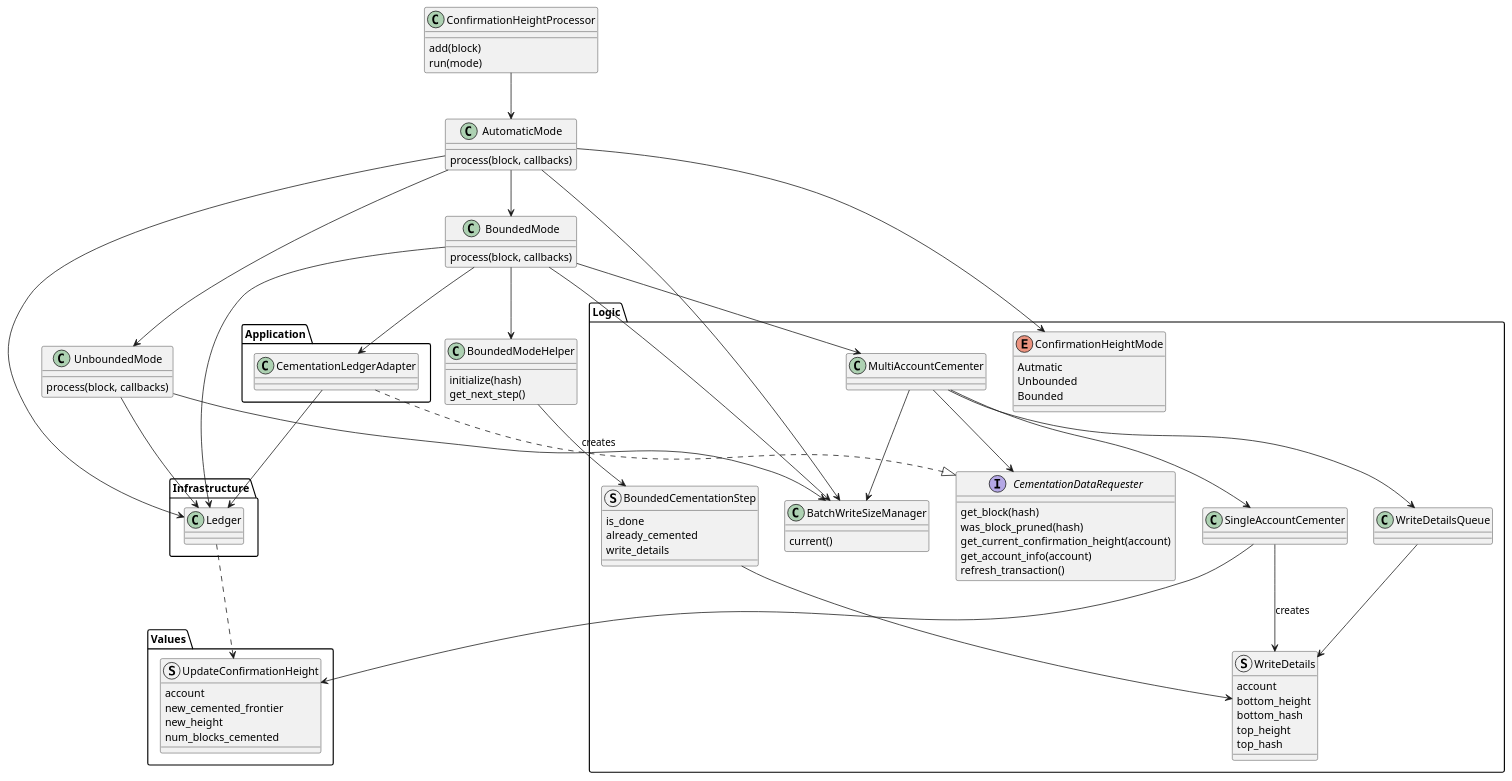
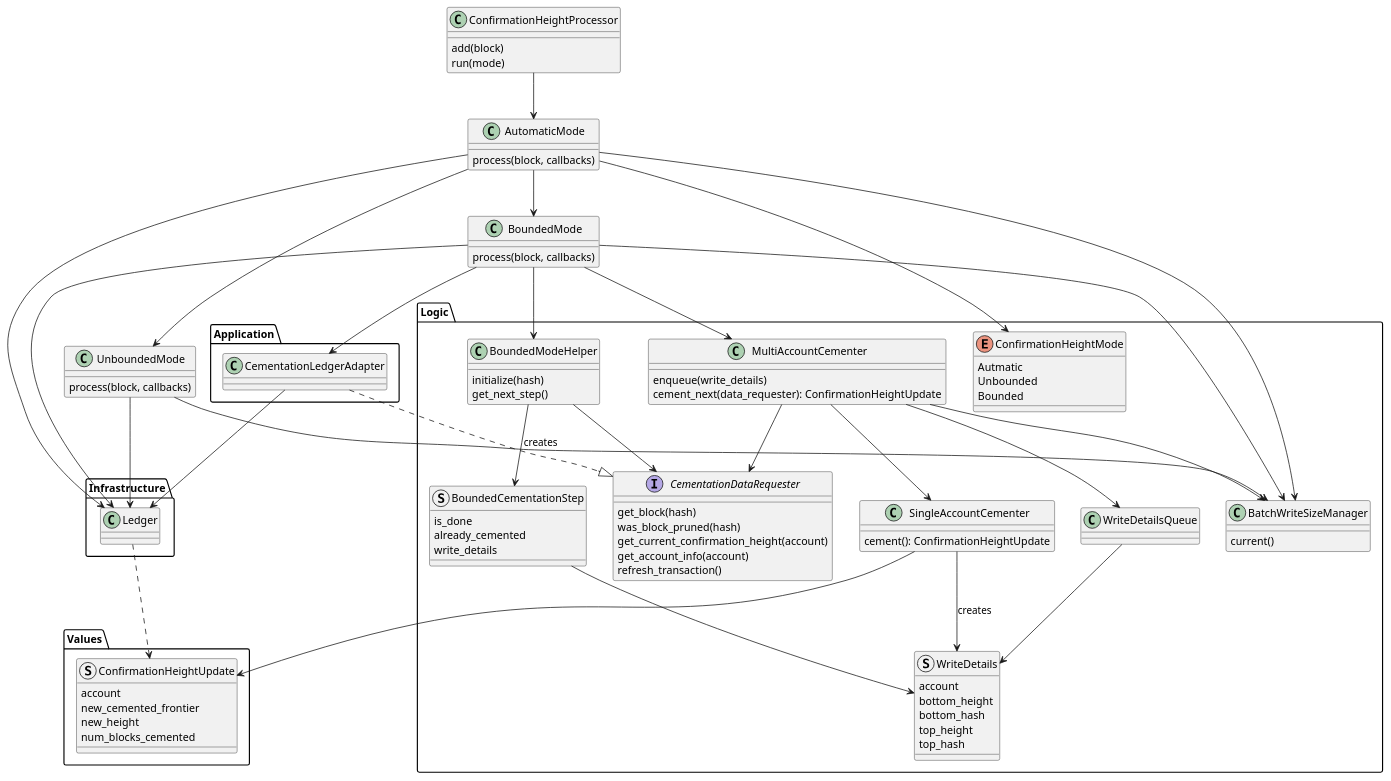
One commit to stjet/rsban-node changed the diagram in rust/doc/cementing.puml. Above: the diagram before and after it, drawn with PlantUML. The commit also changed 1 other file, not shown here.

Commit message:
Refactor block cementation bounded mode

```diff
--- a/rust/doc/cementing.puml
+++ b/rust/doc/cementing.puml
@@ -1,114 +1,121 @@
 @startuml "Confirmation Height"
 class UnboundedMode {
     process(block, callbacks)
 }
 
 class BoundedMode{
     process(block, callbacks)
 }
 
 class AutomaticMode{
     process(block, callbacks)
 }
 
 class ConfirmationHeightProcessor{
     add(block)
     run(mode)
 }
 
 package "Infrastructure" {
     class Ledger
 }
 
 package "Logic"{
     enum ConfirmationHeightMode{
         Autmatic
         Unbounded
         Bounded
     }
 
     struct WriteDetails{
         account
         bottom_height
         bottom_hash
         top_height
         top_hash
     }
     class WriteDetailsQueue
 
-    class SingleAccountCementer
-    class MultiAccountCementer
+    class SingleAccountCementer {
+        cement(): ConfirmationHeightUpdate
+    }
+    class MultiAccountCementer {
+        enqueue(write_details)
+        cement_next(data_requester): ConfirmationHeightUpdate
+    }
     class BatchWriteSizeManager {
         current()
     }
 
     interface CementationDataRequester{
         get_block(hash)
         was_block_pruned(hash)
         get_current_confirmation_height(account)
         get_account_info(account)
         refresh_transaction()
     }
 
     struct BoundedCementationStep{
         is_done
         already_cemented
         write_details
     }
+
+    class BoundedModeHelper{
+        initialize(hash)
+        get_next_step()
+    }
+
 }
 
 package "Values"{
-    struct UpdateConfirmationHeight{
+    struct ConfirmationHeightUpdate{
         account
         new_cemented_frontier
         new_height
         num_blocks_cemented
     }
 }
 
 package "Application"{
     class CementationLedgerAdapter
 }
 
-class BoundedModeHelper{
-    initialize(hash)
-    get_next_step()
-}
-
-Ledger ..> UpdateConfirmationHeight
+Ledger ..> ConfirmationHeightUpdate
 
 UnboundedMode --> Ledger
 UnboundedMode --> BatchWriteSizeManager
 
 BoundedMode --> Ledger
 BoundedMode --> MultiAccountCementer
 BoundedMode --> BatchWriteSizeManager
 BoundedMode --> CementationLedgerAdapter
 BoundedMode --> BoundedModeHelper
 
 BoundedModeHelper --> BoundedCementationStep: creates
+BoundedModeHelper --> CementationDataRequester
 
 BoundedCementationStep --> WriteDetails
 
 MultiAccountCementer --> SingleAccountCementer
 MultiAccountCementer --> BatchWriteSizeManager
 MultiAccountCementer --> WriteDetailsQueue
 MultiAccountCementer --> CementationDataRequester
 
-SingleAccountCementer --> UpdateConfirmationHeight
+SingleAccountCementer --> ConfirmationHeightUpdate
 SingleAccountCementer --> WriteDetails: creates
 
 WriteDetailsQueue --> WriteDetails
 
 AutomaticMode --> ConfirmationHeightMode
 AutomaticMode --> BoundedMode
 AutomaticMode --> UnboundedMode
 AutomaticMode --> Ledger
 AutomaticMode --> BatchWriteSizeManager
 
 ConfirmationHeightProcessor --> AutomaticMode
 
 CementationLedgerAdapter ..|> CementationDataRequester
 CementationLedgerAdapter --> Ledger
 
 @enduml
```
